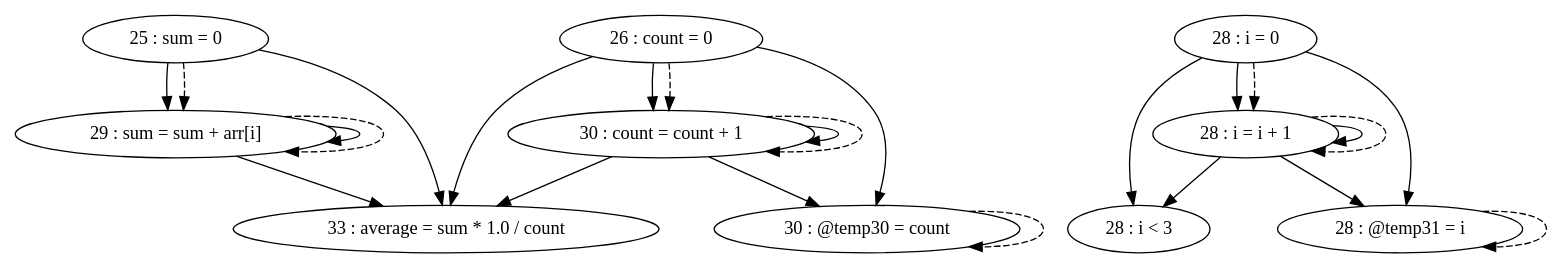
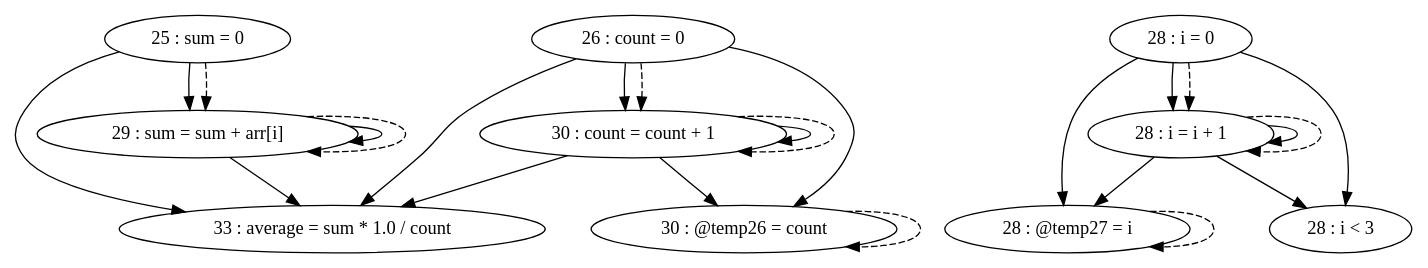
Before and after one commit to thomassimko/thesis-code-duplication: the diagram in pdg/source/testFiles/TestCases/TestCase11/TestCase11-test2.gv, drawn with Graphviz. The commit also changed 27 other files, not shown here.

```diff
--- a/pdg/source/testFiles/TestCases/TestCase11/TestCase11-test2.gv
+++ b/pdg/source/testFiles/TestCases/TestCase11/TestCase11-test2.gv
@@ -1,36 +1,36 @@
 digraph G {
 "25 : sum = 0"
+"25 : sum = 0" -> "33 : average = sum * 1.0 / count"
 "25 : sum = 0" -> "29 : sum = sum + arr[i]"
-"25 : sum = 0" -> "33 : average = sum * 1.0 / count"
 "25 : sum = 0" -> "29 : sum = sum + arr[i]" [style=dashed]
 "26 : count = 0"
+"26 : count = 0" -> "33 : average = sum * 1.0 / count"
+"26 : count = 0" -> "30 : @temp26 = count"
 "26 : count = 0" -> "30 : count = count + 1"
-"26 : count = 0" -> "30 : @temp30 = count"
-"26 : count = 0" -> "33 : average = sum * 1.0 / count"
 "26 : count = 0" -> "30 : count = count + 1" [style=dashed]
 "28 : i = 0"
 "28 : i = 0" -> "28 : i = i + 1"
+"28 : i = 0" -> "28 : @temp27 = i"
 "28 : i = 0" -> "28 : i < 3"
-"28 : i = 0" -> "28 : @temp31 = i"
 "28 : i = 0" -> "28 : i = i + 1" [style=dashed]
 "28 : i < 3"
 "29 : sum = sum + arr[i]"
+"29 : sum = sum + arr[i]" -> "33 : average = sum * 1.0 / count"
 "29 : sum = sum + arr[i]" -> "29 : sum = sum + arr[i]"
-"29 : sum = sum + arr[i]" -> "33 : average = sum * 1.0 / count"
 "29 : sum = sum + arr[i]" -> "29 : sum = sum + arr[i]" [style=dashed]
-"30 : @temp30 = count"
-"30 : @temp30 = count" -> "30 : @temp30 = count" [style=dashed]
+"30 : @temp26 = count"
+"30 : @temp26 = count" -> "30 : @temp26 = count" [style=dashed]
 "30 : count = count + 1"
+"30 : count = count + 1" -> "33 : average = sum * 1.0 / count"
+"30 : count = count + 1" -> "30 : @temp26 = count"
 "30 : count = count + 1" -> "30 : count = count + 1"
-"30 : count = count + 1" -> "30 : @temp30 = count"
-"30 : count = count + 1" -> "33 : average = sum * 1.0 / count"
 "30 : count = count + 1" -> "30 : count = count + 1" [style=dashed]
-"28 : @temp31 = i"
-"28 : @temp31 = i" -> "28 : @temp31 = i" [style=dashed]
+"28 : @temp27 = i"
+"28 : @temp27 = i" -> "28 : @temp27 = i" [style=dashed]
 "28 : i = i + 1"
 "28 : i = i + 1" -> "28 : i = i + 1"
+"28 : i = i + 1" -> "28 : @temp27 = i"
 "28 : i = i + 1" -> "28 : i < 3"
-"28 : i = i + 1" -> "28 : @temp31 = i"
 "28 : i = i + 1" -> "28 : i = i + 1" [style=dashed]
 "33 : average = sum * 1.0 / count"
 }
```
